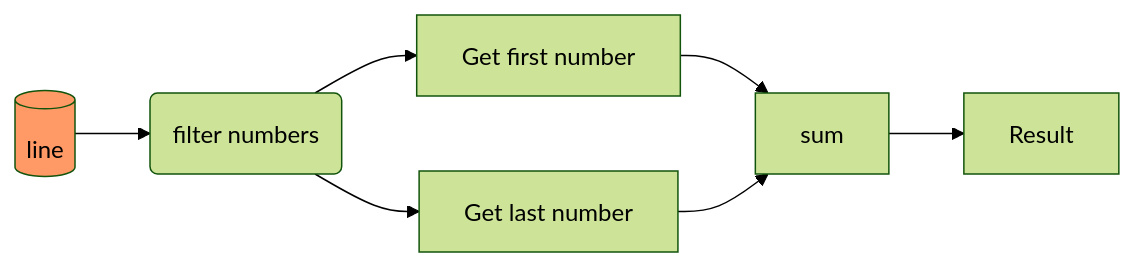
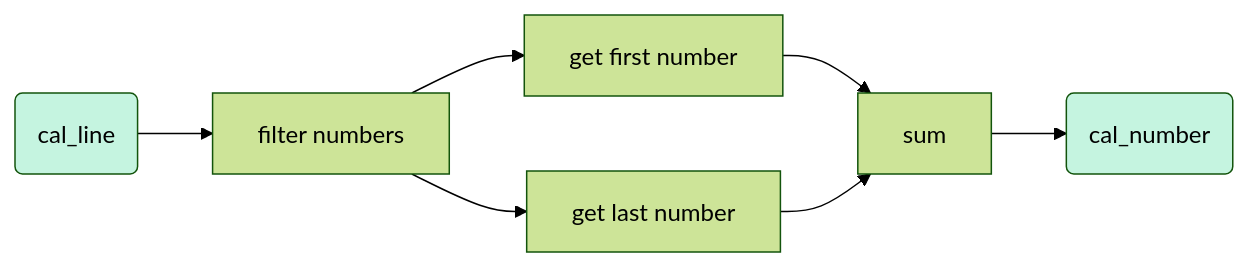
Before and after one commit to owiecc/sheep-observer: the second of 2 diagrams in programming/Julia-piping/piping.qmd, drawn with Mermaid (forest theme). The commit also changed other lines of this file, not shown here.

````diff
--- a/programming/Julia-piping/piping.qmd
+++ b/programming/Julia-piping/piping.qmd
@@ -154,6 +231,6 @@
 ```{mermaid}
 flowchart LR
-  input[(line)]:::data --> Filter(filter numbers)
-  Filter --> First[Get first number] & Last[Get last number] --> Sum[sum] --> Result
-  classDef data fill:#f96
+  Input(cal_line):::data --> Filter[filter numbers]
+  Filter --> First[get first number] & Last[get last number] --> Sum[sum] --> Result(cal_number):::data
+  classDef data fill:#C5F4E0
 ```
````
